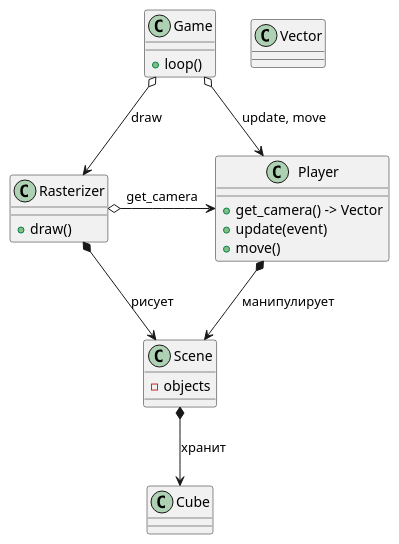
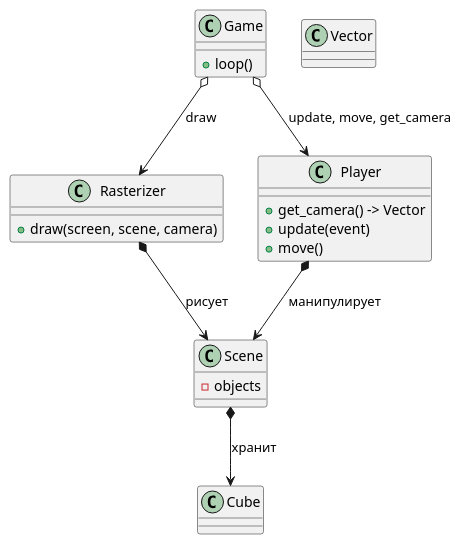
Before and after one commit to Zuev-534/Vfqyrhfan: the diagram in diagram.puml, drawn with PlantUML. The commit also changed 5 other files, not shown here.

Commit message:
Завершил предварительный рефокторинг 1. Поправил диаграмму классов 2. Разбил логику игры на компоненты, согласно диаграмме

```diff
--- a/diagram.puml
+++ b/diagram.puml
@@ -1,35 +1,34 @@
 @startuml
 'https://plantuml.com/class-diagram
 
 class Rasterizer {
-    + draw()
+    + draw(screen, scene, camera)
 }
 
 class Game {
     + loop()
 }
 
 class Scene {
     - objects
 }
 
 class Player {
     + get_camera() -> Vector
     + update(event)
     + move()
 }
 
 class Vector {
 }
 
 class Cube {
 }
 
-Game o--> Player : update, move
+Game o--> Player : update, move, get_camera
 Game o--> Rasterizer : draw
-Rasterizer o-> Player : get_camera
 Rasterizer *--> Scene : рисует
 Player *--> Scene : манипулирует
 Scene *--> Cube : хранит
 
 @enduml
```
